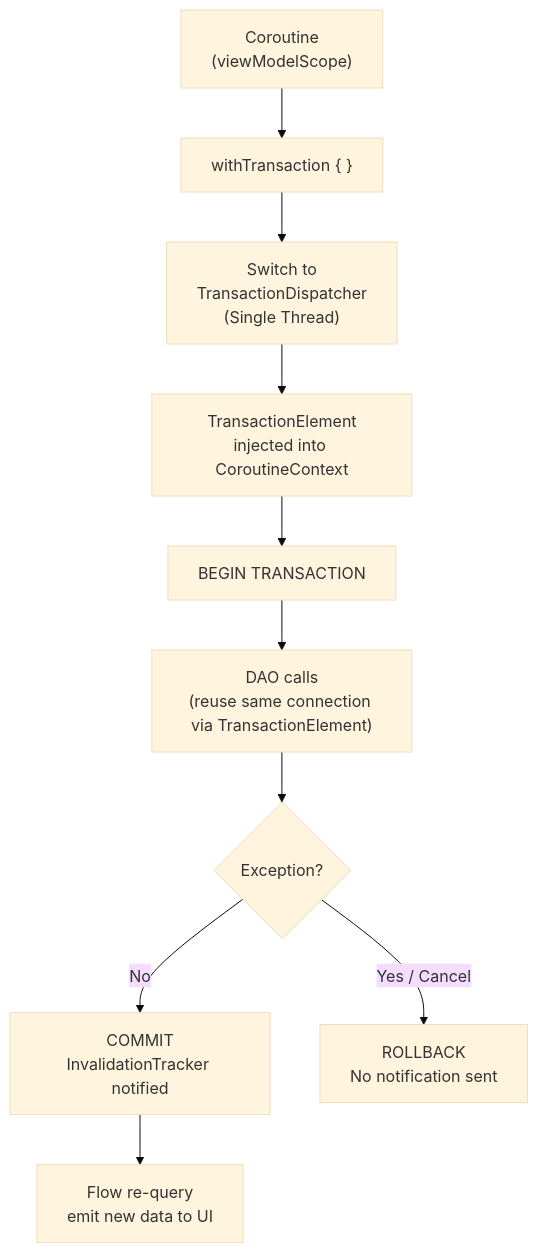
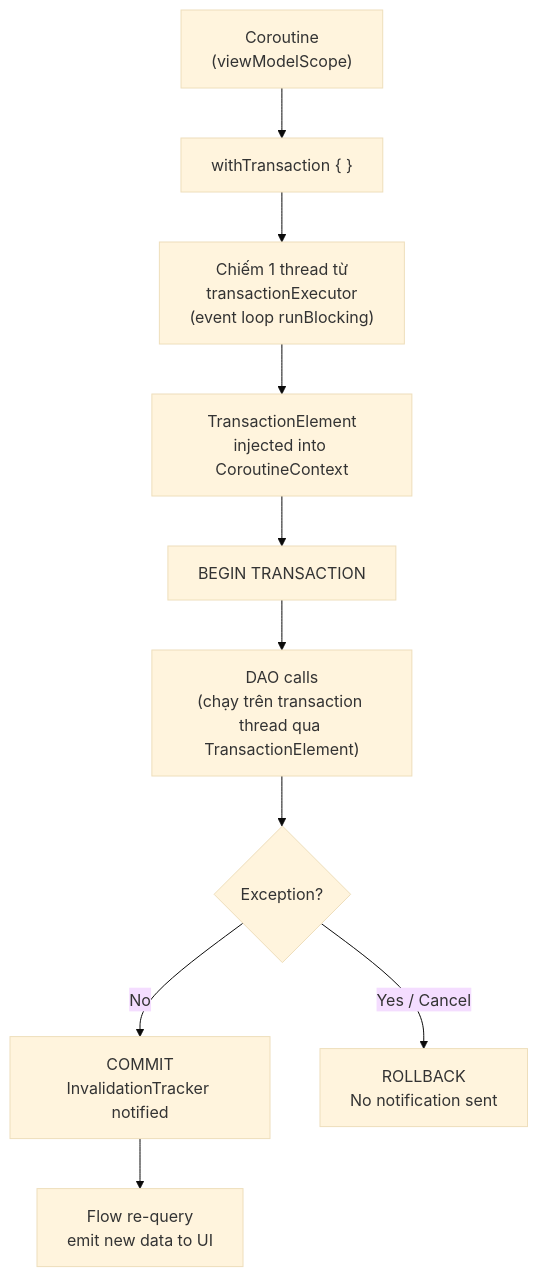
The fifth of 5 diagrams in knowledge/android/docs/session_05/data_store/room_transactions.md (h1eu/knowledge), drawn with Mermaid (base theme) before and after one commit. The commit also changed other lines of this file and 76 other files, not shown here.

First line of the commit message:
docs(android): add Compose Overview, fix S01–S05 facts and diagrams

````diff
--- a/knowledge/android/docs/session_05/data_store/room_transactions.md
+++ b/knowledge/android/docs/session_05/data_store/room_transactions.md
@@ -694,12 +715,12 @@
 ```mermaid
 flowchart TD
     A["Coroutine\n(viewModelScope)"] --> B["withTransaction { }"]
-    B --> C["Switch to\nTransactionDispatcher\n(Single Thread)"]
+    B --> C["Chiếm 1 thread từ\ntransactionExecutor\n(event loop runBlocking)"]
     C --> D["TransactionElement\ninjected into CoroutineContext"]
     D --> E["BEGIN TRANSACTION"]
-    E --> F["DAO calls\n(reuse same connection via TransactionElement)"]
+    E --> F["DAO calls\n(chạy trên transaction thread qua TransactionElement)"]
     F --> G{Exception?}
     G -->|No| H["COMMIT\nInvalidationTracker notified"]
     G -->|"Yes / Cancel"| I["ROLLBACK\nNo notification sent"]
     H --> J["Flow re-query\nemit new data to UI"]
 ```
````
